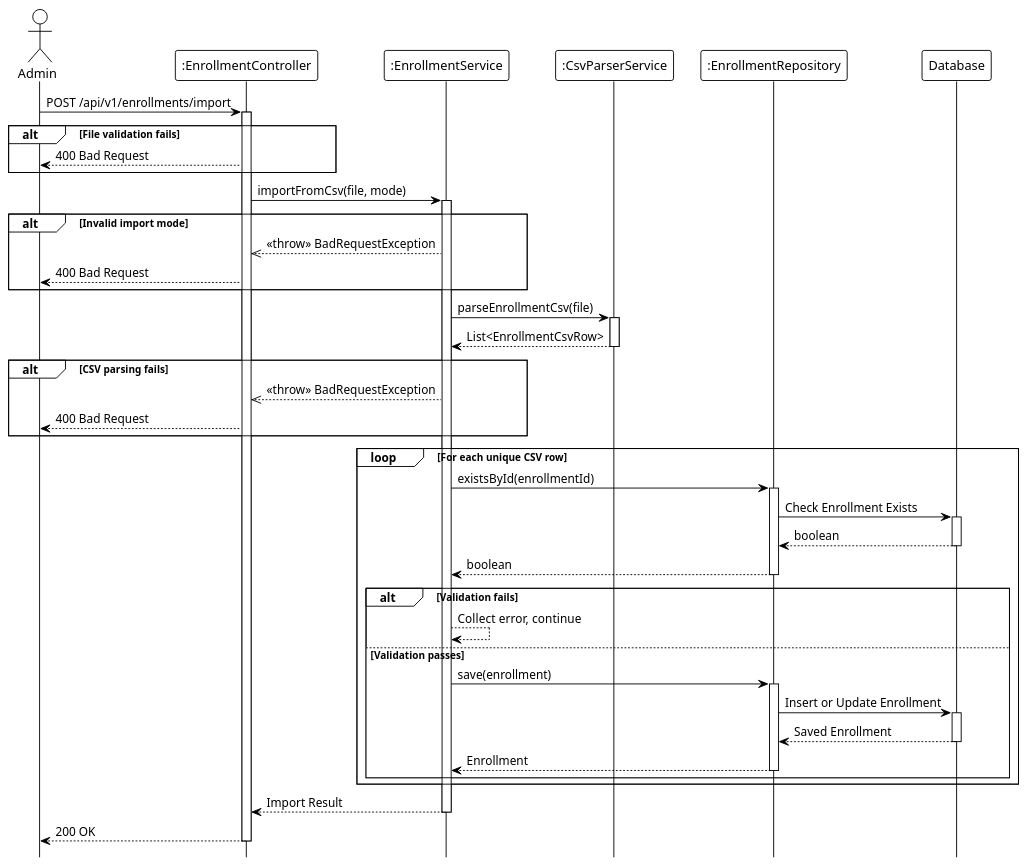
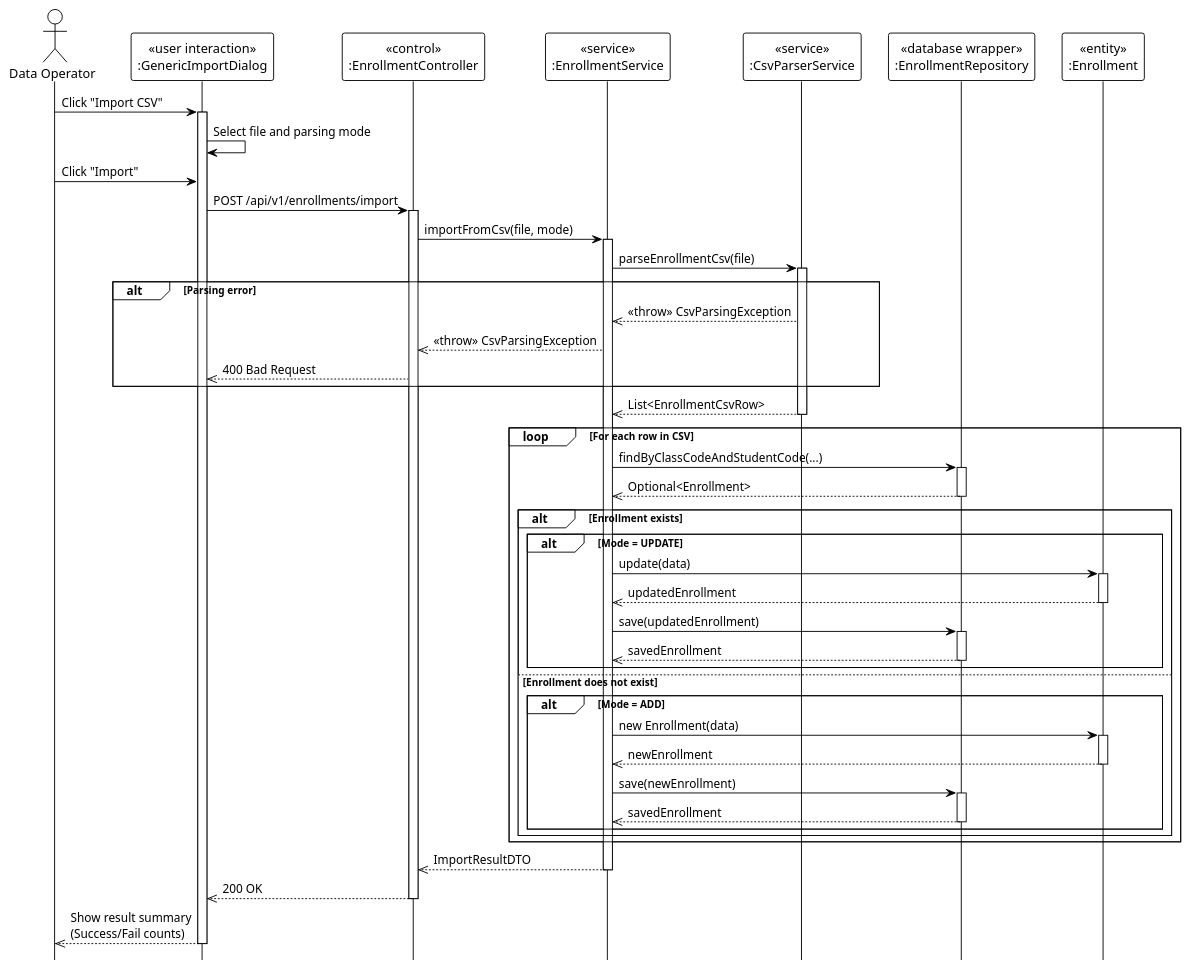
Before and after one commit to Ndh474/context: the diagram in system_detailed_design/32_import_csv_enrollment/sequence_diagram_import_csv_enrollment.puml, drawn with PlantUML. The commit also changed 3 other files, not shown here.

Commit message:
docs: Add sequence diagrams for class student viewing, enrollment, unenrollment, and CSV import.

```diff
--- a/system_detailed_design/32_import_csv_enrollment/sequence_diagram_import_csv_enrollment.puml
+++ b/system_detailed_design/32_import_csv_enrollment/sequence_diagram_import_csv_enrollment.puml
@@ -1,87 +1,81 @@
 @startuml import_csv_enrollment
 !theme plain
 hide footbox
 
-actor Admin
-participant ":EnrollmentController" as Controller
-participant ":EnrollmentService" as Service
-participant ":CsvParserService" as CsvParser
-participant ":EnrollmentRepository" as Repository
-participant "Database" as DB
+actor "Data Operator" as DataOperator
 
-' --- MAIN FLOW ---
-Admin -> Controller: POST /api/v1/enrollments/import
+participant "«user interaction»\n:GenericImportDialog" as UI
+participant "«control»\n:EnrollmentController" as Controller
+participant "«service»\n:EnrollmentService" as Service
+participant "«service»\n:CsvParserService" as CsvParser
+participant "«database wrapper»\n:EnrollmentRepository" as Repository
+participant "«entity»\n:Enrollment" as Entity
+
+' === MAIN FLOW ===
+DataOperator -> UI: Click "Import CSV"
+activate UI
+
+UI -> UI: Select file and parsing mode
+
+DataOperator -> UI: Click "Import"
+UI -> Controller: POST /api/v1/enrollments/import
 activate Controller
-
-' File validation (internal)
-
-alt File validation fails
-    Controller --> Admin: 400 Bad Request
-end
 
 Controller -> Service: importFromCsv(file, mode)
 activate Service
 
-' Mode validation (internal)
-
-alt Invalid import mode
-    Service -->> Controller: <<throw>> BadRequestException
-    Controller --> Admin: 400 Bad Request
-end
-
-' --- PARSE CSV ---
+' === PARSE CSV ===
 Service -> CsvParser: parseEnrollmentCsv(file)
 activate CsvParser
-
-CsvParser --> Service: List<EnrollmentCsvRow>
+alt Parsing error
+    CsvParser -->> Service: <<throw>> CsvParsingException
+    Service -->> Controller: <<throw>> CsvParsingException
+    Controller -->> UI: 400 Bad Request
+end
+CsvParser -->> Service: List<EnrollmentCsvRow>
 deactivate CsvParser
 
-alt CSV parsing fails
-    Service -->> Controller: <<throw>> BadRequestException
-    Controller --> Admin: 400 Bad Request
-end
-
-' CSV deduplication (internal)
-
-' --- BATCH PROCESSING LOOP ---
-loop For each unique CSV row
-    ' Row validation (internal: student/class validation, major eligibility, semester check)
-
-    Service -> Repository: existsById(enrollmentId)
+' === PROCESS ROWS ===
+loop For each row in CSV
+    Service -> Repository: findByClassCodeAndStudentCode(...)
     activate Repository
-
-    Repository -> DB: Check Enrollment Exists
-    activate DB
-    DB --> Repository: boolean
-    deactivate DB
-
-    Repository --> Service: boolean
+    Repository -->> Service: Optional<Enrollment>
     deactivate Repository
 
-    ' Business logic: create or update based on mode and enrollment status (internal)
-
-    alt Validation fails
-        Service --> Service: Collect error, continue
-    else Validation passes
-        Service -> Repository: save(enrollment)
-        activate Repository
-
-        Repository -> DB: Insert or Update Enrollment
-        activate DB
-        DB --> Repository: Saved Enrollment
-        deactivate DB
-
-        Repository --> Service: Enrollment
-        deactivate Repository
+    alt Enrollment exists
+        alt Mode = UPDATE
+            Service -> Entity: update(data)
+            activate Entity
+            Entity -->> Service: updatedEnrollment
+            deactivate Entity
+            
+            Service -> Repository: save(updatedEnrollment)
+            activate Repository
+            Repository -->> Service: savedEnrollment
+            deactivate Repository
+        end
+    else Enrollment does not exist
+        alt Mode = ADD
+            Service -> Entity: new Enrollment(data)
+            activate Entity
+            Entity -->> Service: newEnrollment
+            deactivate Entity
+            
+            Service -> Repository: save(newEnrollment)
+            activate Repository
+            Repository -->> Service: savedEnrollment
+            deactivate Repository
+        end
     end
 end
 
-' Build result with success/failure counts (internal)
-
-Service --> Controller: Import Result
+Service -->> Controller: ImportResultDTO
 deactivate Service
 
-Controller --> Admin: 200 OK
+Controller -->> UI: 200 OK
 deactivate Controller
 
+UI -->> DataOperator: Show result summary\n(Success/Fail counts)
+deactivate UI
+
 @enduml
```
